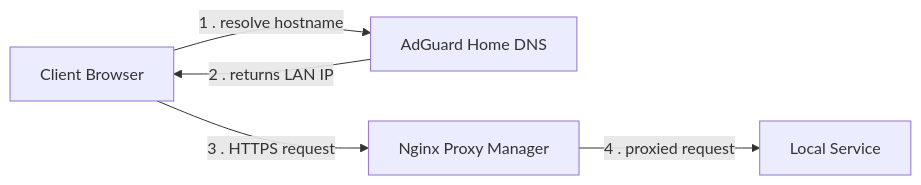
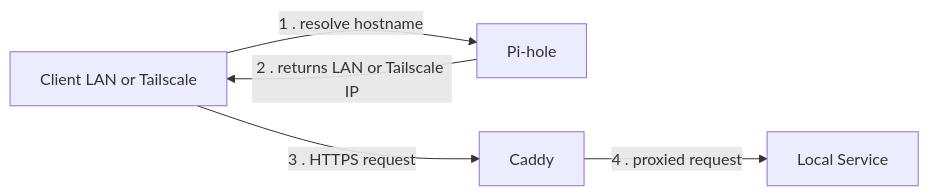
Before and after one commit to AlexSzczygielski/casa-mia-network: the fourth of 5 diagrams in README.md, drawn with Mermaid. The commit also changed other lines of this file, not shown here.

Commit message:
Update README to enhance deployment details and clarify DNS/TLS setup

````diff
--- a/README.md
+++ b/README.md
@@ -126,7 +175,7 @@
 ```mermaid
 graph LR
-    Client[Client Browser] -->|1 . resolve hostname| AdGuard[AdGuard Home DNS]
-    AdGuard -->|2 . returns LAN IP| Client
-    Client -->|3 . HTTPS request| NPM[Nginx Proxy Manager]
-    NPM -->|4 . proxied request| Backend[Local Service]
+    Client[Client LAN or Tailscale] -->|1 . resolve hostname| PiHole[Pi-hole]
+    PiHole -->|2 . returns LAN or Tailscale IP| Client
+    Client -->|3 . HTTPS request| Caddy[Caddy]
+    Caddy -->|4 . proxied request| Backend[Local Service]
 ```
````
